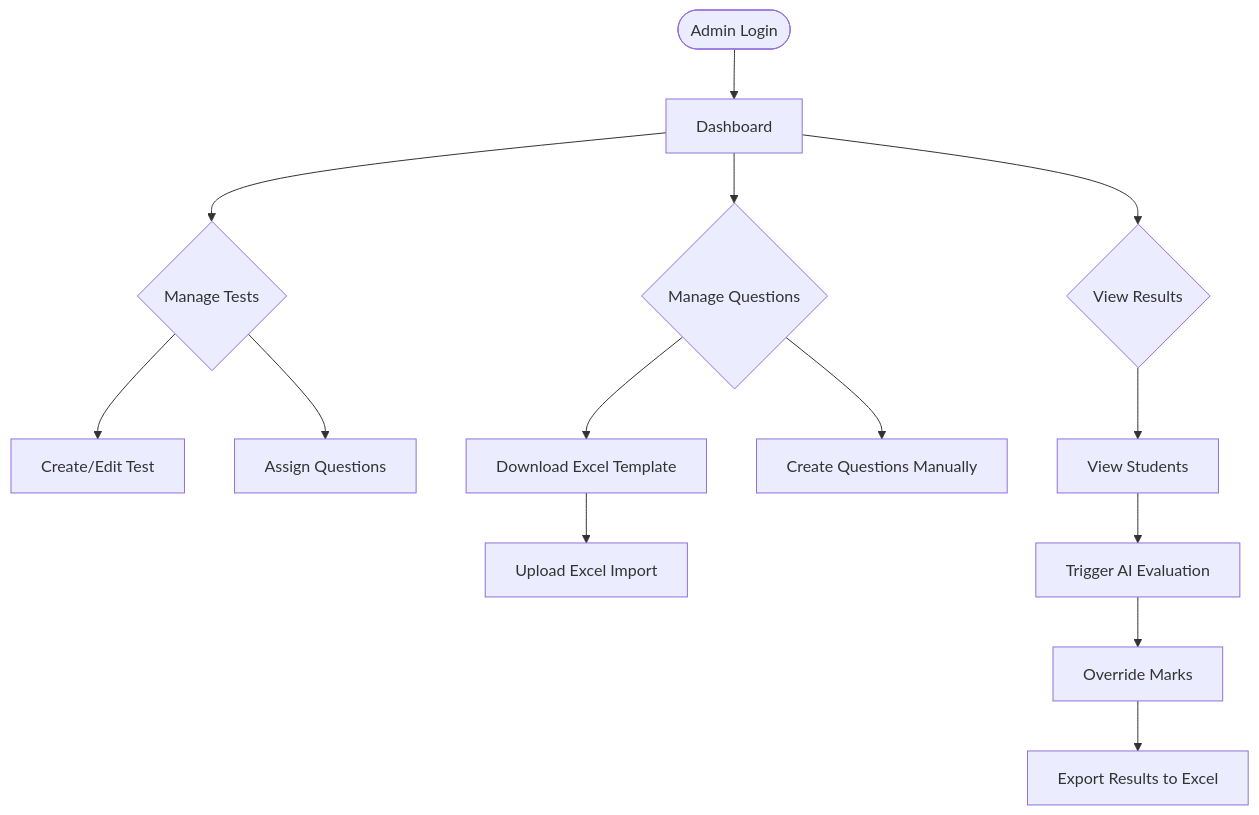
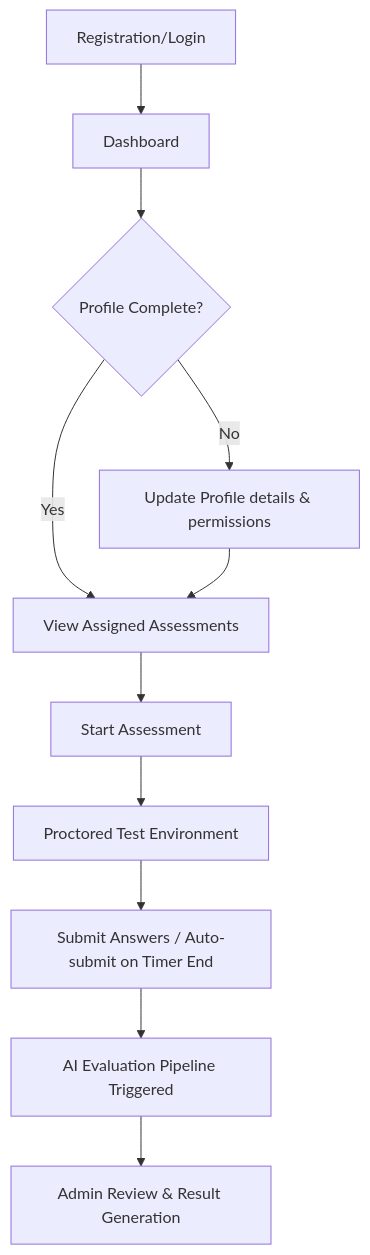
The first of 3 diagrams in docs/Workflow_and_System_Documentation.md (VARADARANGAN/screening-app), drawn with Mermaid before and after one commit. The commit also changed other lines of this file and 9 other files, not shown here.

````diff
--- a/docs/Workflow_and_System_Documentation.md
+++ b/docs/Workflow_and_System_Documentation.md
@@ -37,19 +9,13 @@
 ```mermaid
-flowchart TD
-    A([Admin Login]) --> B[Dashboard]
-    B --> C{Manage Tests}
-    B --> D{Manage Questions}
-    B --> E{View Results}
-    
-    C --> C1[Create/Edit Test]
-    C --> C2[Assign Questions]
-    
-    D --> D1[Download Excel Template]
-    D1 --> D2[Upload Excel Import]
-    D --> D3[Create Questions Manually]
-    
-    E --> E1[View Students]
-    E1 --> E2[Trigger AI Evaluation]
-    E2 --> E3[Override Marks]
-    E3 --> E4[Export Results to Excel]
+graph TD
+    A[Registration/Login] --> B[Dashboard]
+    B --> C{Profile Complete?}
+    C -->|No| D[Update Profile details & permissions]
+    C -->|Yes| E[View Assigned Assessments]
+    D --> E
+    E --> F[Start Assessment]
+    F --> G[Proctored Test Environment]
+    G --> H[Submit Answers / Auto-submit on Timer End]
+    H --> I[AI Evaluation Pipeline Triggered]
+    I --> J[Admin Review & Result Generation]
 ```
````
